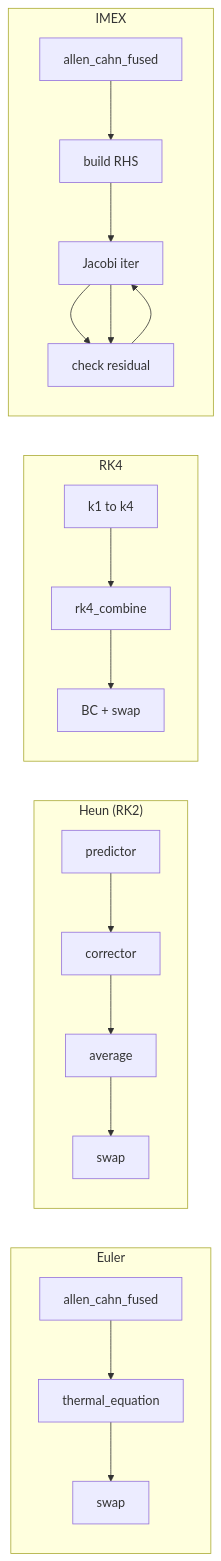
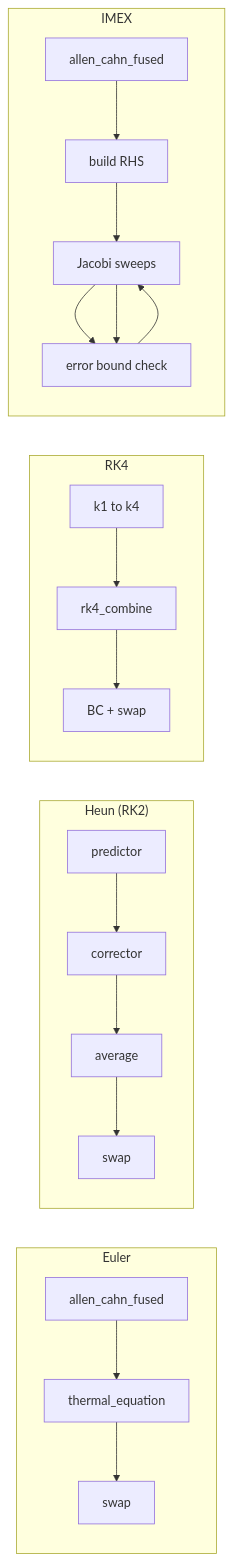
Before and after one commit to myousefi2016/Allen-Cahn-CUDA: the second of 7 diagrams in docs/DESIGN.md, drawn with Mermaid. The commit also changed other lines of this file and 15 other files, not shown here.

````diff
--- a/docs/DESIGN.md
+++ b/docs/DESIGN.md
@@ -221,16 +218,16 @@
 ```mermaid
 graph LR
     subgraph Euler["Euler"]
         E1["allen_cahn_fused"] --> E2["thermal_equation"] --> E3["swap"]
     end
     subgraph Heun["Heun (RK2)"]
         H1["predictor"] --> H2["corrector"] --> H3["average"] --> H4["swap"]
     end
     subgraph RK4["RK4"]
         R1["k1 to k4"] --> R2["rk4_combine"] --> R3["BC + swap"]
     end
     subgraph IMEX["IMEX"]
-        I1["allen_cahn_fused"] --> I2["build RHS"] --> I3["Jacobi iter"] --> I4["check residual"]
+        I1["allen_cahn_fused"] --> I2["build RHS"] --> I3["Jacobi sweeps"] --> I4["error bound check"]
         I3 --> I4 --> I3
     end
 ```
````
